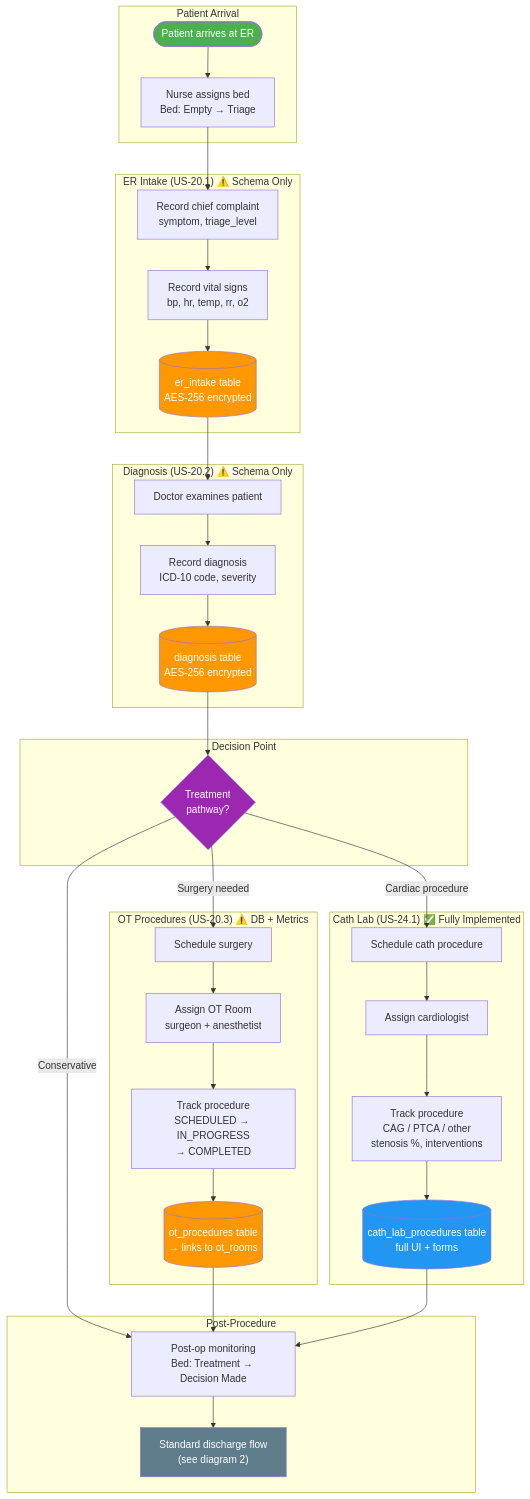
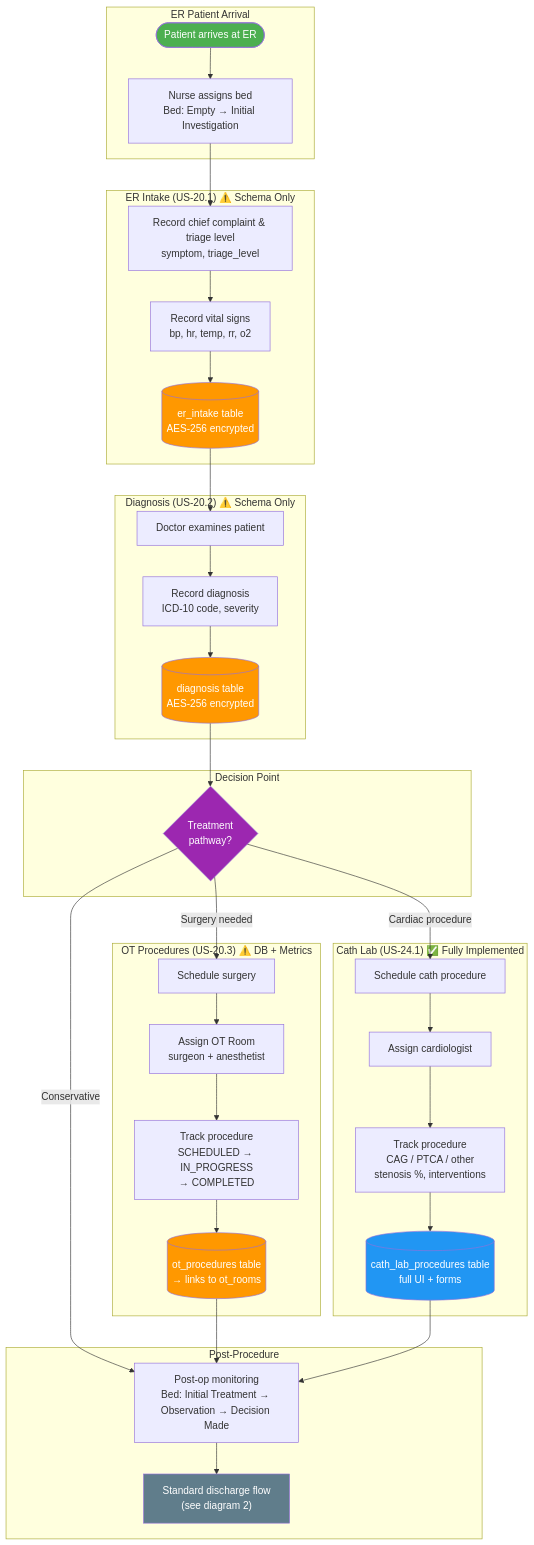
Before and after one commit to somuyakhandelwal/EWTCS: the eighth of 8 diagrams in docs/DATA_FLOW.md, drawn with Mermaid. The commit also changed other lines of this file and 45 other files, not shown here.

Commit message:
feat(er): remove triage from ER bed workflow

````diff
--- a/docs/DATA_FLOW.md
+++ b/docs/DATA_FLOW.md
@@ -339,71 +339,71 @@
 ```mermaid
 flowchart TD
-    subgraph Arrival["Patient Arrival"]
+    subgraph Arrival["ER Patient Arrival"]
         Patient(["Patient arrives at ER"])
-        Assign["Nurse assigns bed<br/>Bed: Empty → Triage"]
+        Assign["Nurse assigns bed<br/>Bed: Empty → Initial Investigation"]
     end
 
     subgraph ERIntake["ER Intake (US-20.1) ⚠️ Schema Only"]
-        Triage["Record chief complaint<br/>symptom, triage_level"]
+        Triage["Record chief complaint & triage level<br/>symptom, triage_level"]
         Vitals["Record vital signs<br/>bp, hr, temp, rr, o2"]
         TriageDB[("er_intake table<br/>AES-256 encrypted")]
     end
 
     subgraph Diagnosis_Module["Diagnosis (US-20.2) ⚠️ Schema Only"]
         DoctorExam["Doctor examines patient"]
         DiagRecord["Record diagnosis<br/>ICD-10 code, severity"]
         DiagDB[("diagnosis table<br/>AES-256 encrypted")]
     end
 
     subgraph Decision["Decision Point"]
         Route{"Treatment<br/>pathway?"}
     end
 
     subgraph OT_Module["OT Procedures (US-20.3) ⚠️ DB + Metrics"]
         OTSchedule["Schedule surgery"]
         OTAssign["Assign OT Room<br/>surgeon + anesthetist"]
         OTTrack["Track procedure<br/>SCHEDULED → IN_PROGRESS<br/>→ COMPLETED"]
         OTDB[("ot_procedures table<br/>→ links to ot_rooms")]
     end
 
     subgraph CathLab_Module["Cath Lab (US-24.1) ✅ Fully Implemented"]
         CathSchedule["Schedule cath procedure"]
         CathAssign["Assign cardiologist"]
         CathTrack["Track procedure<br/>CAG / PTCA / other<br/>stenosis %, interventions"]
         CathDB[("cath_lab_procedures table<br/>full UI + forms")]
     end
 
     subgraph Discharge_Path["Post-Procedure"]
-        PostOp["Post-op monitoring<br/>Bed: Treatment → Decision Made"]
+        PostOp["Post-op monitoring<br/>Bed: Initial Treatment → Observation → Decision Made"]
         DischargeFlow["Standard discharge flow<br/>(see diagram 2)"]
     end
 
     Patient --> Assign
     Assign --> Triage
     Triage --> Vitals
     Vitals --> TriageDB
     TriageDB --> DoctorExam
     DoctorExam --> DiagRecord
     DiagRecord --> DiagDB
     DiagDB --> Route
 
     Route -->|Surgery needed| OTSchedule
     Route -->|Cardiac procedure| CathSchedule
     Route -->|Conservative| PostOp
 
     OTSchedule --> OTAssign --> OTTrack --> OTDB
     OTDB --> PostOp
 
     CathSchedule --> CathAssign --> CathTrack --> CathDB
     CathDB --> PostOp
 
     PostOp --> DischargeFlow
 
     style Patient fill:#4CAF50,color:#fff
     style TriageDB fill:#FF9800,color:#fff
     style DiagDB fill:#FF9800,color:#fff
     style OTDB fill:#FF9800,color:#fff
     style CathDB fill:#2196F3,color:#fff
     style Route fill:#9C27B0,color:#fff
     style DischargeFlow fill:#607D8B,color:#fff
 ```
````
